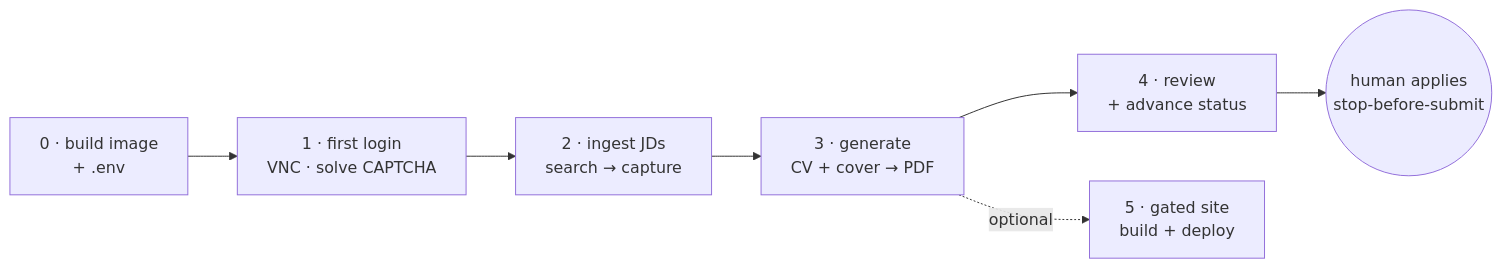
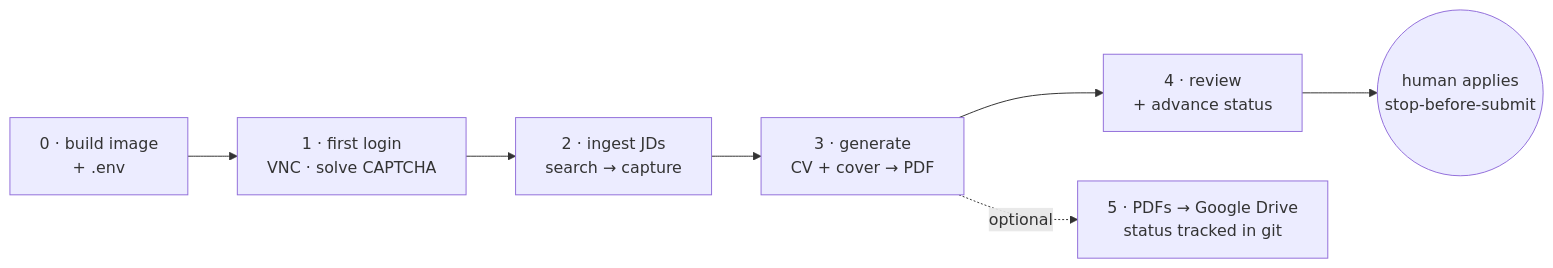
The diagram in docs/runbooks.md (radheem/my-cv), drawn with Mermaid before and after one commit. The commit also changed other lines of this file, not shown here.

Commit message:
docs(runbooks): replace gated-publish step with PDF→Drive + git status

````diff
--- a/docs/runbooks.md
+++ b/docs/runbooks.md
@@ -17,9 +18,9 @@
 ```mermaid
 flowchart LR
     BUILD[0 · build image<br/>+ .env] --> LOGIN[1 · first login<br/>VNC · solve CAPTCHA]
     LOGIN --> INGEST[2 · ingest JDs<br/>search → capture]
     INGEST --> GEN[3 · generate<br/>CV + cover → PDF]
     GEN --> REVIEW[4 · review<br/>+ advance status]
     REVIEW --> STOP((human applies<br/>stop-before-submit))
-    GEN -.optional.-> PUBLISH[5 · gated site<br/>build + deploy]
+    GEN -.optional.-> PUBLISH[5 · PDFs → Google Drive<br/>status tracked in git]
 ```
````
